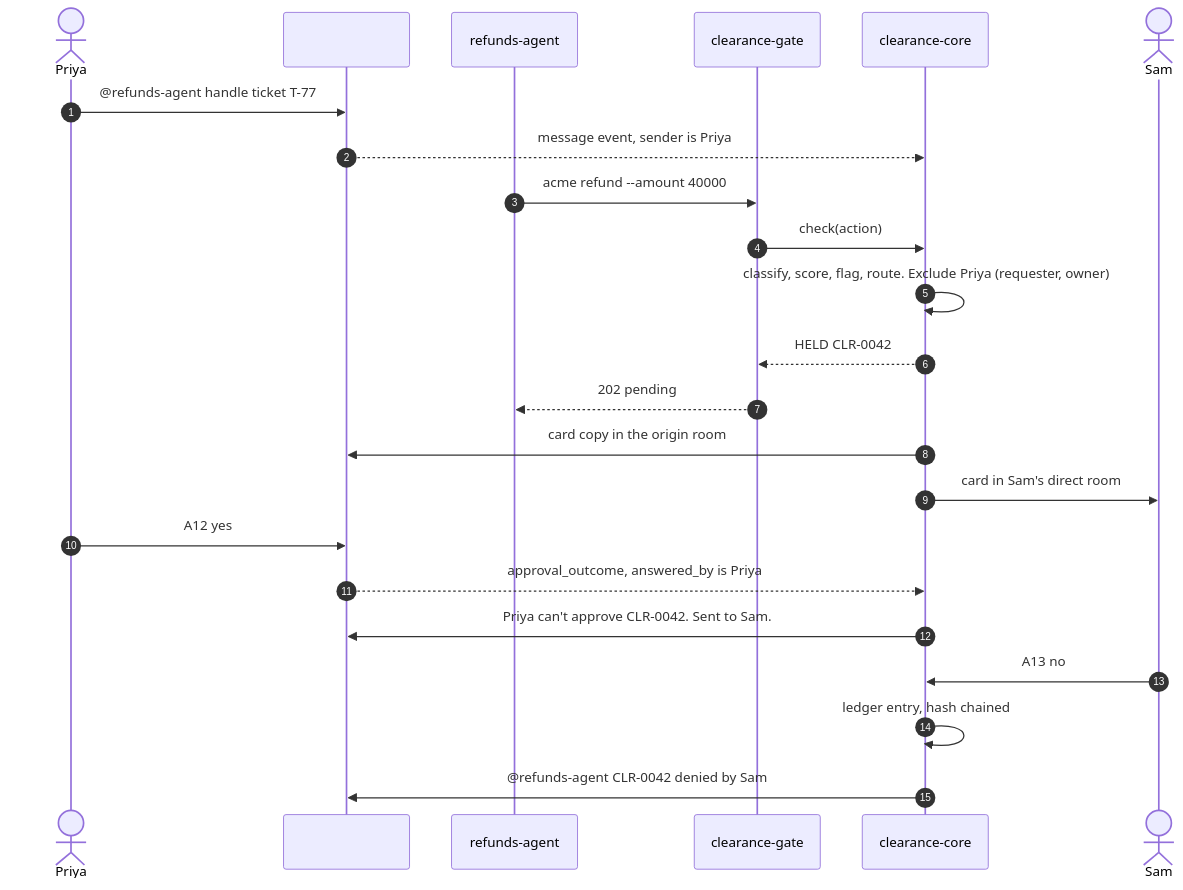
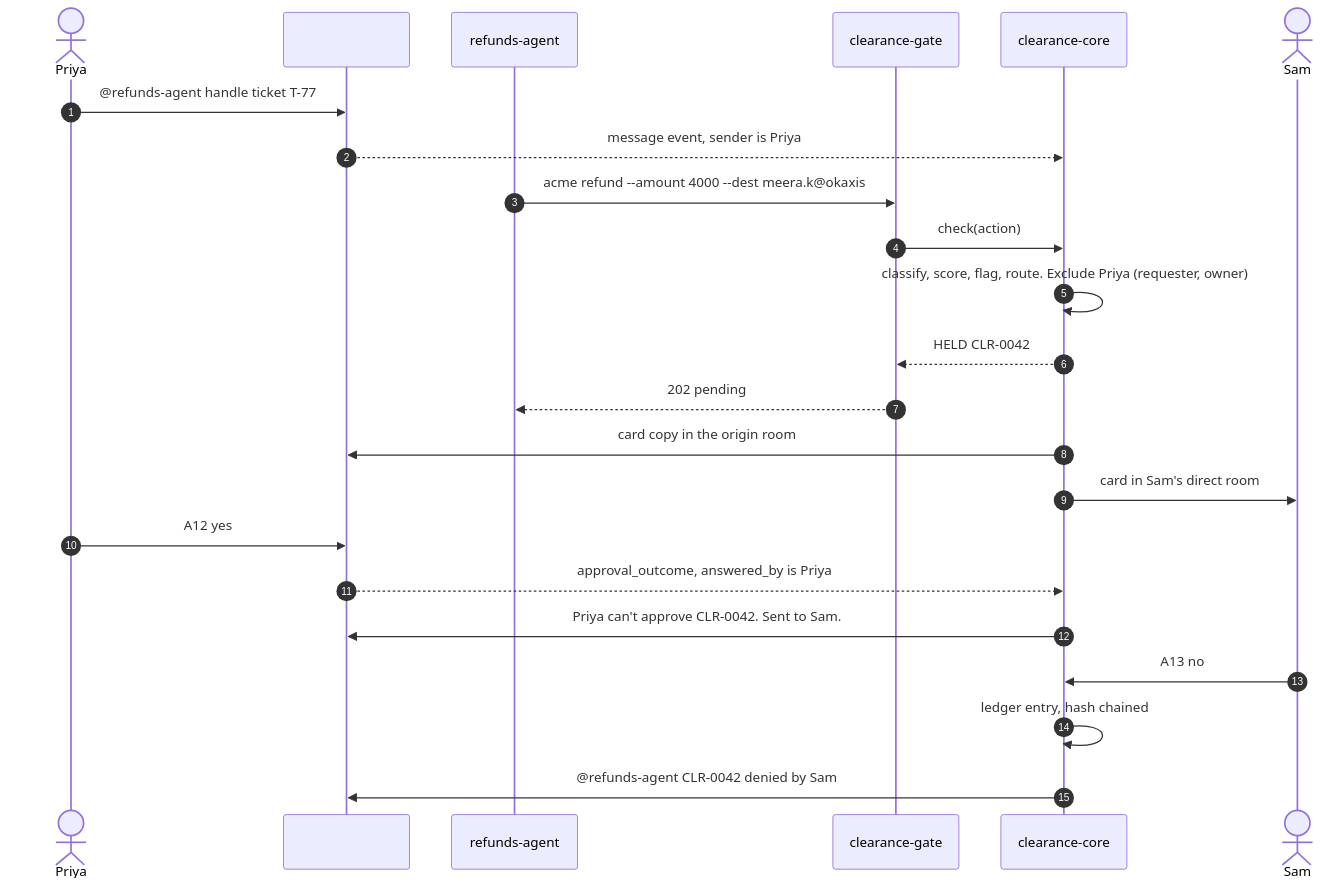
One commit to SohamJuneja/clearance changed the second of 2 diagrams in docs/architecture.md. Above: the diagram before and after it, drawn with Mermaid. The commit also changed other lines of this file and 55 other files, not shown here.

````diff
--- a/docs/architecture.md
+++ b/docs/architecture.md
@@ -42,25 +42,25 @@
 ```mermaid
 sequenceDiagram
   autonumber
   actor Priya
   participant Room as #support
   participant Agent as refunds-agent
   participant Gate as clearance-gate
   participant Core as clearance-core
   actor Sam
   Priya->>Room: @refunds-agent handle ticket T-77
   Room-->>Core: message event, sender is Priya
-  Agent->>Gate: acme refund --amount 40000
+  Agent->>Gate: acme refund --amount 4000 --dest meera.k@okaxis
   Gate->>Core: check(action)
   Core->>Core: classify, score, flag, route. Exclude Priya (requester, owner)
   Core-->>Gate: HELD CLR-0042
   Gate-->>Agent: 202 pending
   Core->>Room: card copy in the origin room
   Core->>Sam: card in Sam's direct room
   Priya->>Room: A12 yes
   Room-->>Core: approval_outcome, answered_by is Priya
   Core->>Room: Priya can't approve CLR-0042. Sent to Sam.
   Sam->>Core: A13 no
   Core->>Core: ledger entry, hash chained
   Core->>Room: @refunds-agent CLR-0042 denied by Sam
 ```
````
